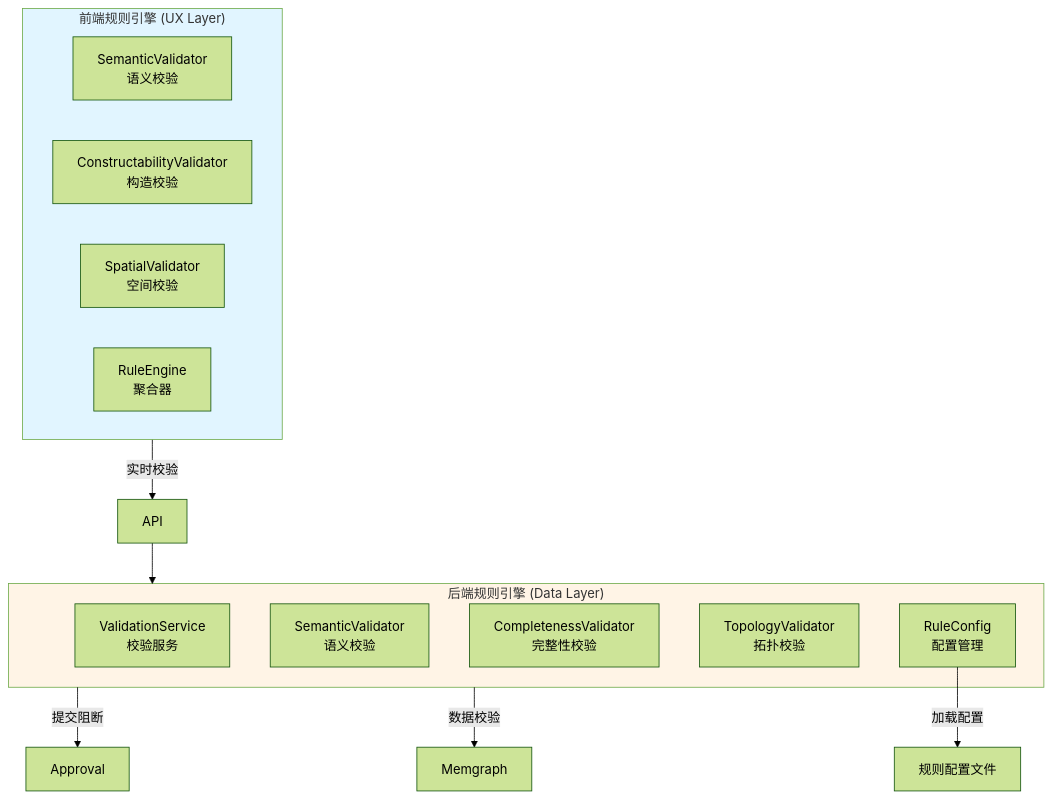
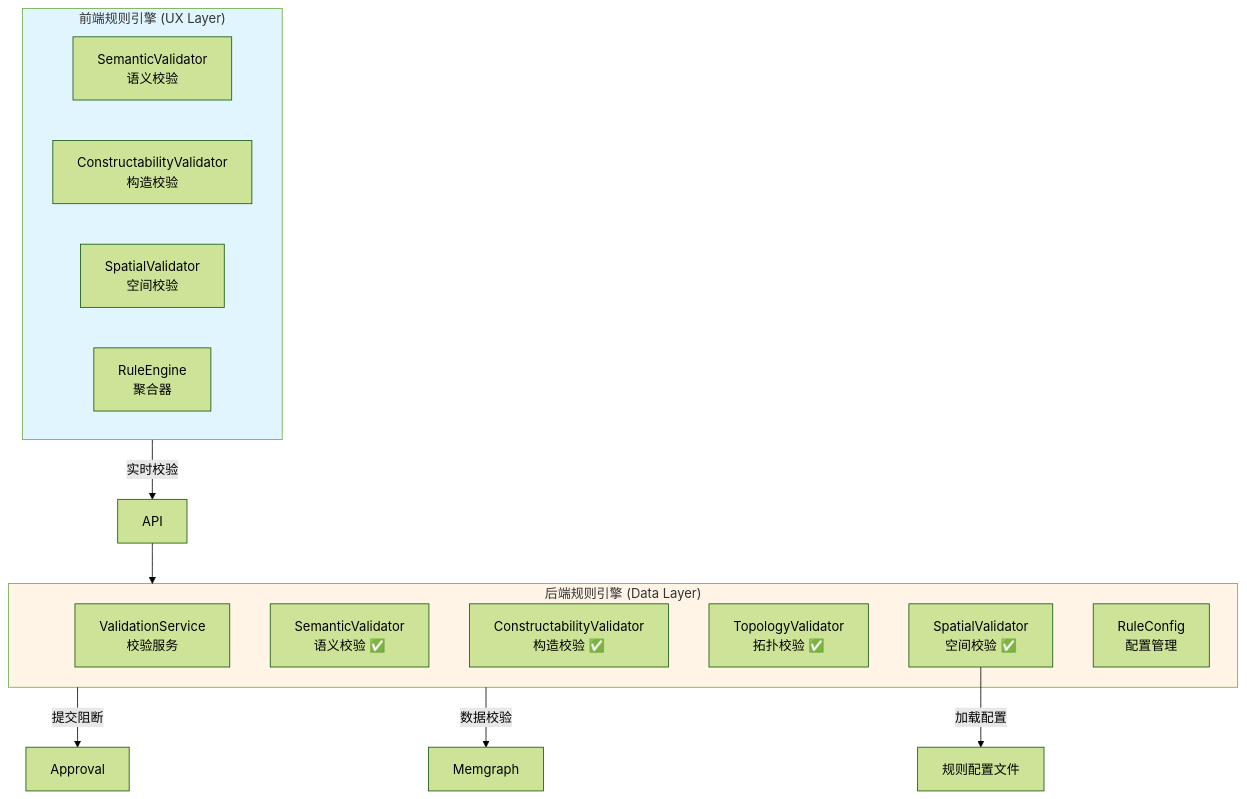
The second of 12 diagrams in docs/ARCHITECTURE.md (XuXinran1011/OpenTruss), drawn with Mermaid (forest theme) before and after one commit. The commit also changed other lines of this file and 20 other files, not shown here.

````diff
--- a/docs/ARCHITECTURE.md
+++ b/docs/ARCHITECTURE.md
@@ -194,26 +194,27 @@
 ```mermaid
 graph TB
     subgraph FrontendRuleEngine["前端规则引擎 (UX Layer)"]
         FE1[SemanticValidator<br/>语义校验]
         FE2[ConstructabilityValidator<br/>构造校验]
         FE3[SpatialValidator<br/>空间校验]
         FE4[RuleEngine<br/>聚合器]
     end
     
     subgraph BackendRuleEngine["后端规则引擎 (Data Layer)"]
         BE1[ValidationService<br/>校验服务]
-        BE2[SemanticValidator<br/>语义校验]
-        BE3[CompletenessValidator<br/>完整性校验]
-        BE4[TopologyValidator<br/>拓扑校验]
-        BE5[RuleConfig<br/>配置管理]
+        BE2[SemanticValidator<br/>语义校验 ✅]
+        BE3[ConstructabilityValidator<br/>构造校验 ✅]
+        BE4[TopologyValidator<br/>拓扑校验 ✅]
+        BE5[SpatialValidator<br/>空间校验 ✅]
+        BE6[RuleConfig<br/>配置管理]
     end
     
     FrontendRuleEngine -->|实时校验| API
     API --> BackendRuleEngine
     BackendRuleEngine -->|提交阻断| Approval
     BackendRuleEngine -->|数据校验| Memgraph
     BE5 -->|加载配置| ConfigFiles[规则配置文件]
     
     style FrontendRuleEngine fill:#e1f5ff
     style BackendRuleEngine fill:#fff4e6
 ```
````
